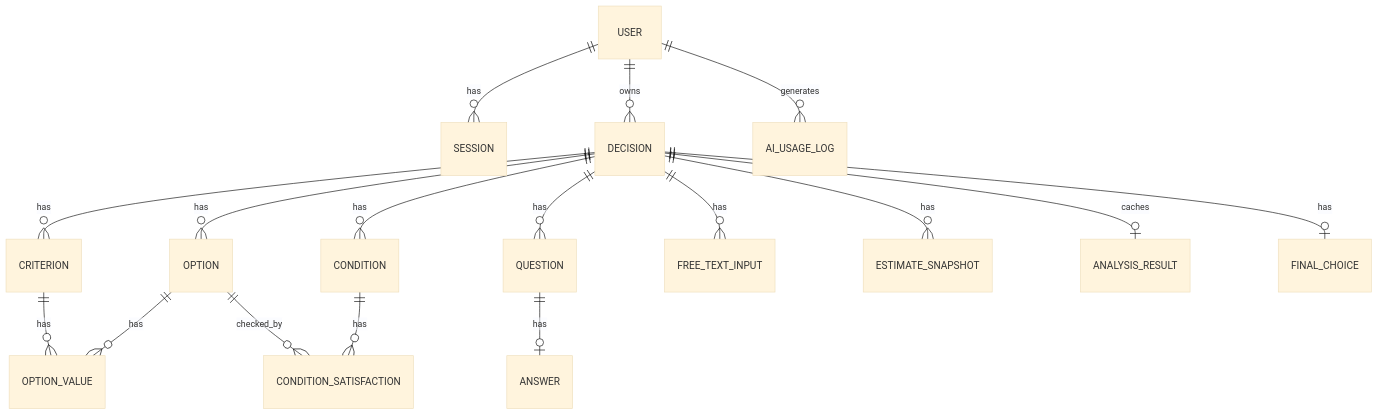
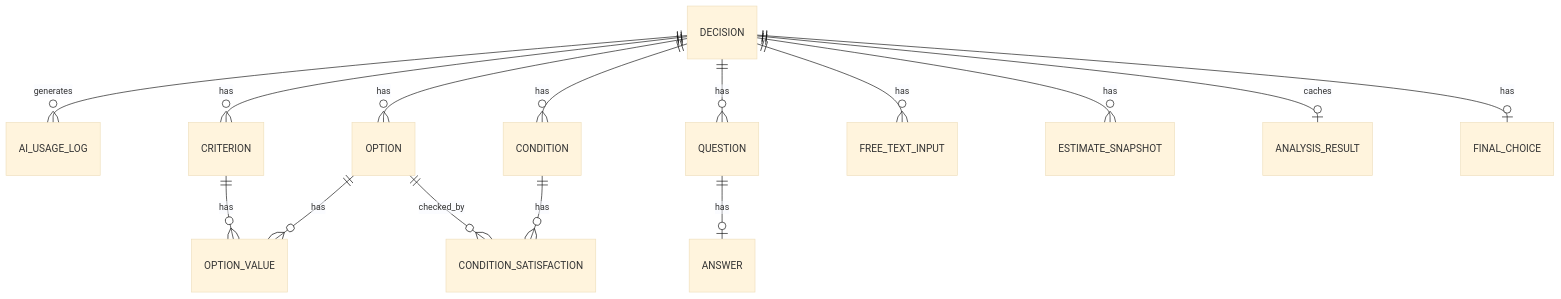
Before and after one commit to dlfkdLR/SEONBI: the second of 6 diagrams in docs/개발기획서.md, drawn with Mermaid (base theme). The commit also changed other lines of this file, not shown here.

````diff
--- a/docs/개발기획서.md
+++ b/docs/개발기획서.md
@@ -357,19 +357,17 @@
 ```mermaid
 erDiagram
-    USER ||--o{ SESSION : has
-    USER ||--o{ DECISION : owns
-    USER ||--o{ AI_USAGE_LOG : generates
+    DECISION ||--o{ AI_USAGE_LOG : generates
     DECISION ||--o{ OPTION : has
     DECISION ||--o{ CRITERION : has
     OPTION ||--o{ OPTION_VALUE : has
     CRITERION ||--o{ OPTION_VALUE : has
     DECISION ||--o{ CONDITION : has
     CONDITION ||--o{ CONDITION_SATISFACTION : has
     OPTION ||--o{ CONDITION_SATISFACTION : checked_by
     DECISION ||--o{ QUESTION : has
     QUESTION ||--o| ANSWER : has
     DECISION ||--o{ FREE_TEXT_INPUT : has
     DECISION ||--o{ ESTIMATE_SNAPSHOT : has
     DECISION ||--o| ANALYSIS_RESULT : caches
     DECISION ||--o| FINAL_CHOICE : has
 ```
````
